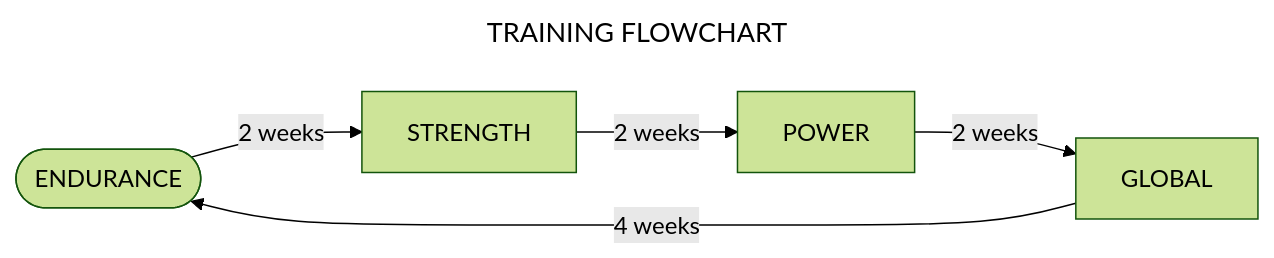
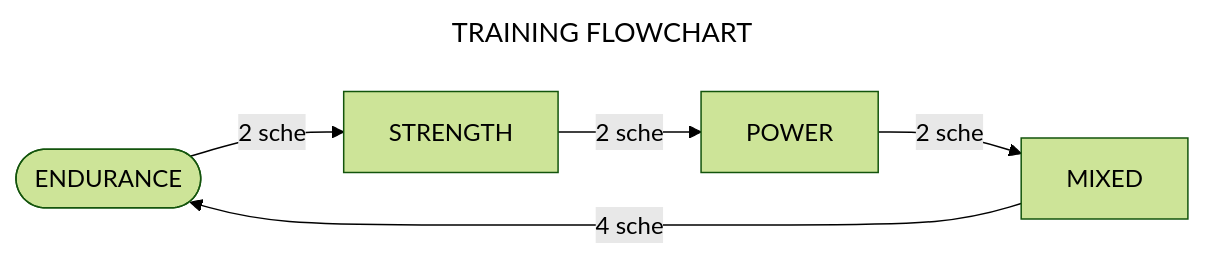
One commit to andre-cat/md-training changed the diagram in dir/workout.md. Above: the diagram before and after it, drawn with Mermaid (forest theme). The commit also changed other lines of this file and 3 other files, not shown here.

````diff
--- a/dir/workout.md
+++ b/dir/workout.md
@@ -9,31 +9,31 @@
 ```mermaid
 ---
 title: TRAINING FLOWCHART
 ---
 
 %%{
     init: {
         "fontFamily": "lucida console",
         "logLevel": "fatal",
         "flowchart": {
             "htmlLabels": true,
             "curve": "linear"
         },
         "sequence": {
             "mirrorActors": false
         },
     }
 }%%
 
 flowchart LR
     A([ENDURANCE])
     B[STRENGTH]
     C[POWER]
-    D[GLOBAL]
+    D[MIXED]
 
-    A --2 weeks--> B
-    B --2 weeks--> C
-    C --2 weeks--> D
-    D --4 weeks--> A
+    A --2 sche--> B
+    B --2 sche--> C
+    C --2 sche--> D
+    D --4 sche--> A
 
 ```
````
